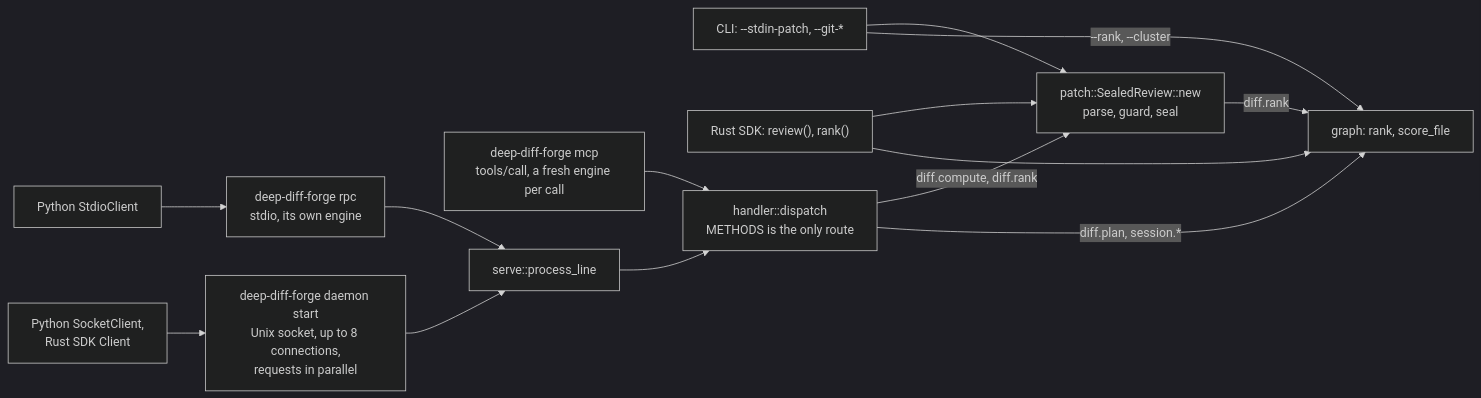
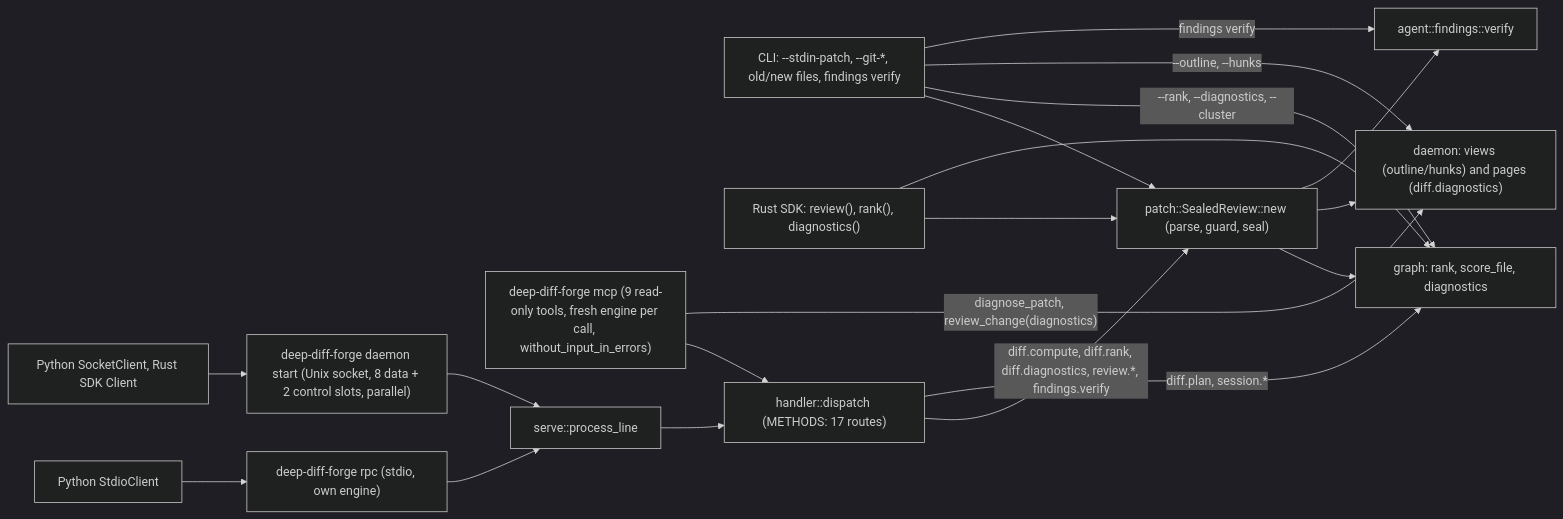
One commit to Louranicas/deep-diff-forge changed the first of 2 diagrams in docs/API_AND_IPC.md. Above: the diagram before and after it, drawn with Mermaid (dark theme). The commit also changed other lines of this file and 36 other files, not shown here.

First line of the commit message:
docs: comprehensive v0.11.0 documentation and schematics overhaul

````diff
--- a/docs/API_AND_IPC.md
+++ b/docs/API_AND_IPC.md
@@ -42,26 +61,33 @@
 ```mermaid
 flowchart LR
-    CLI["CLI: --stdin-patch, --git-*"]
-    SDKR["Rust SDK: review(), rank()"]
+    CLI["CLI: --stdin-patch, --git-*, old/new files, findings verify"]
+    SDKR["Rust SDK: review(), rank(), diagnostics()"]
     PYS["Python StdioClient"]
-    PYK["Python SocketClient,<br/>Rust SDK Client"]
-    RPC["deep-diff-forge rpc<br/>stdio, its own engine"]
-    SRV["deep-diff-forge daemon start<br/>Unix socket, up to 8 connections,<br/>requests in parallel"]
-    MCP["deep-diff-forge mcp<br/>tools/call, a fresh engine per call"]
+    PYK["Python SocketClient, Rust SDK Client"]
+    RPC["deep-diff-forge rpc (stdio, own engine)"]
+    SRV["deep-diff-forge daemon start (Unix socket, 8 data + 2 control slots, parallel)"]
+    MCP["deep-diff-forge mcp (9 read-only tools, fresh engine per call, without_input_in_errors)"]
     PL["serve::process_line"]
-    D["handler::dispatch<br/>METHODS is the only route"]
-    SEAL["patch::SealedReview::new<br/>parse, guard, seal"]
-    RANK["graph: rank, score_file"]
+    D["handler::dispatch (METHODS: 17 routes)"]
+    SEAL["patch::SealedReview::new (parse, guard, seal)"]
+    RANK["graph: rank, score_file, diagnostics"]
+    VIEW["daemon: views (outline/hunks) and pages (diff.diagnostics)"]
+    FIND["agent::findings::verify"]
 
     PYS --> RPC --> PL
     PYK --> SRV --> PL
     PL --> D
     MCP --> D
-    D -- "diff.compute, diff.rank" --> SEAL
-    SEAL -- "diff.rank" --> RANK
+    MCP -- "diagnose_patch, review_change(diagnostics)" --> VIEW
+    D -- "diff.compute, diff.rank, diff.diagnostics, review.*, findings.verify" --> SEAL
+    SEAL --> RANK
+    SEAL --> VIEW
+    SEAL --> FIND
     D -- "diff.plan, session.*" --> RANK
     CLI --> SEAL
-    CLI -- "--rank, --cluster" --> RANK
+    CLI -- "--rank, --diagnostics, --cluster" --> RANK
+    CLI -- "--outline, --hunks" --> VIEW
+    CLI -- "findings verify" --> FIND
     SDKR --> SEAL
     SDKR --> RANK
 ```
````
